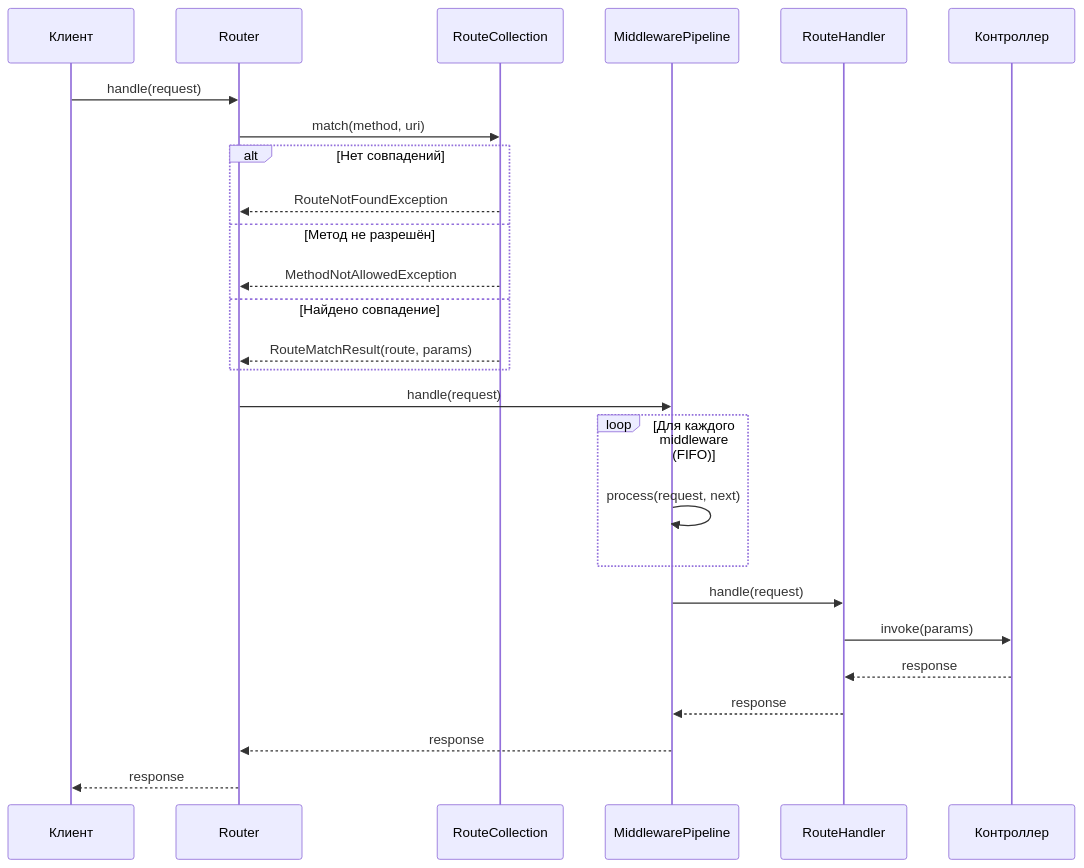
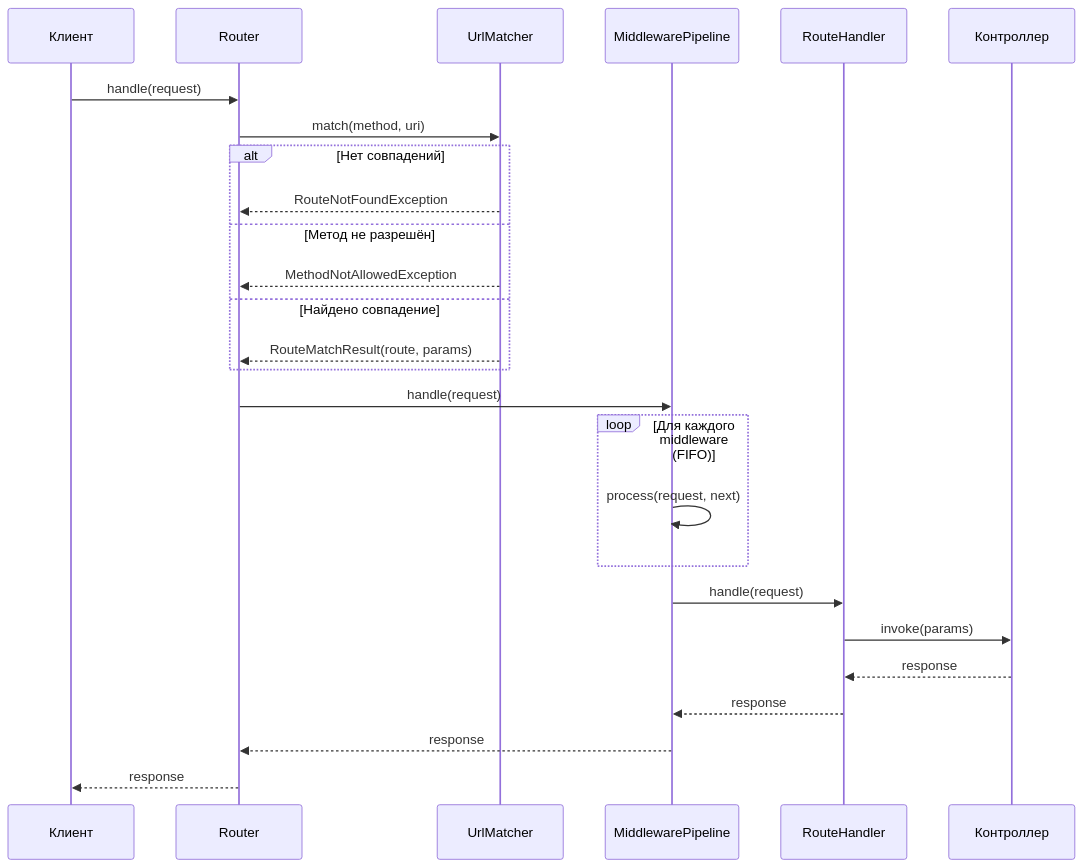
One commit to ascetic-soft/Waypoint changed the first of 8 diagrams in ru/internals.md. Above: the diagram before and after it, drawn with Mermaid. The commit also changed other lines of this file and 13 other files, not shown here.

````diff
--- a/ru/internals.md
+++ b/ru/internals.md
@@ -27,31 +27,31 @@
 ```mermaid
 sequenceDiagram
     participant Client as Клиент
     participant Router as Router
-    participant RouteCollection as RouteCollection
+    participant UrlMatcher as UrlMatcher
     participant MiddlewarePipeline as MiddlewarePipeline
     participant RouteHandler as RouteHandler
     participant Controller as Контроллер
 
     Client->>Router: handle(request)
-    Router->>RouteCollection: match(method, uri)
+    Router->>UrlMatcher: match(method, uri)
 
     alt Нет совпадений
-        RouteCollection-->>Router: RouteNotFoundException
+        UrlMatcher-->>Router: RouteNotFoundException
     else Метод не разрешён
-        RouteCollection-->>Router: MethodNotAllowedException
+        UrlMatcher-->>Router: MethodNotAllowedException
     else Найдено совпадение
-        RouteCollection-->>Router: RouteMatchResult(route, params)
+        UrlMatcher-->>Router: RouteMatchResult(route, params)
     end
 
     Router->>MiddlewarePipeline: handle(request)
     loop Для каждого middleware (FIFO)
         MiddlewarePipeline->>MiddlewarePipeline: process(request, next)
     end
     MiddlewarePipeline->>RouteHandler: handle(request)
     RouteHandler->>Controller: invoke(params)
     Controller-->>RouteHandler: response
     RouteHandler-->>MiddlewarePipeline: response
     MiddlewarePipeline-->>Router: response
     Router-->>Client: response
 ```
````
